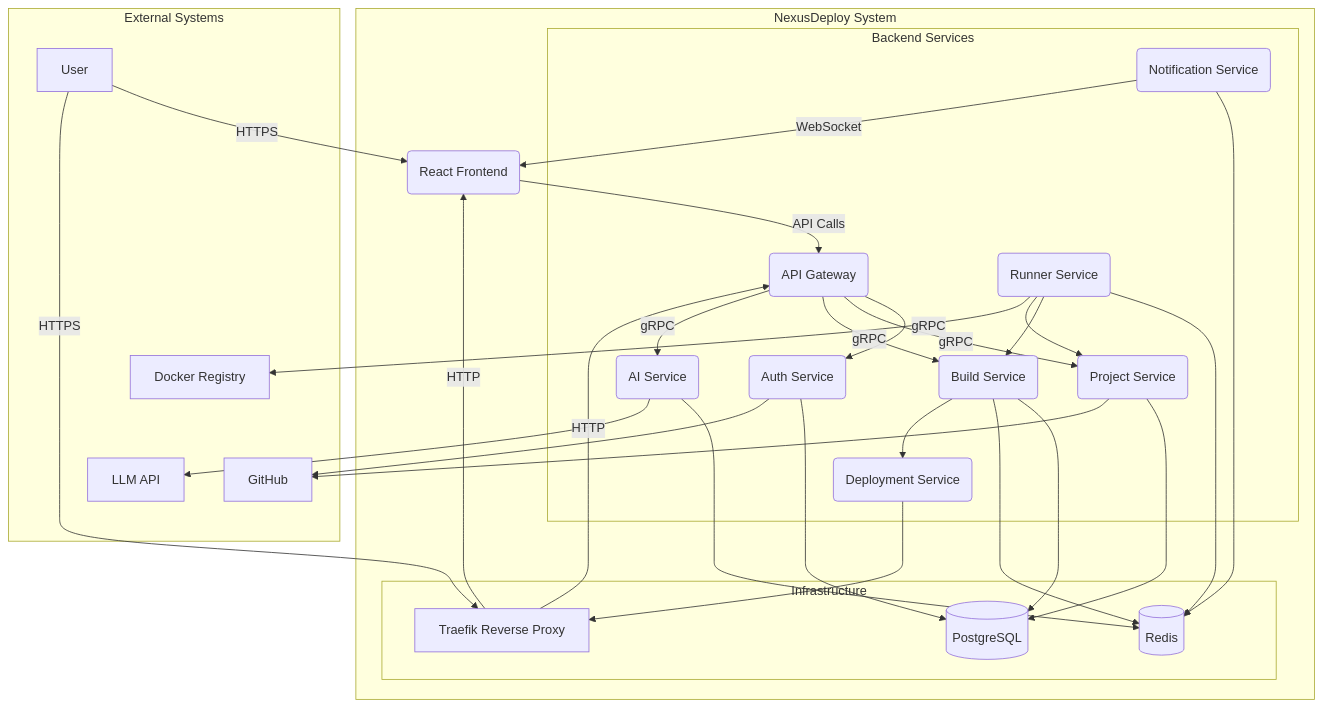
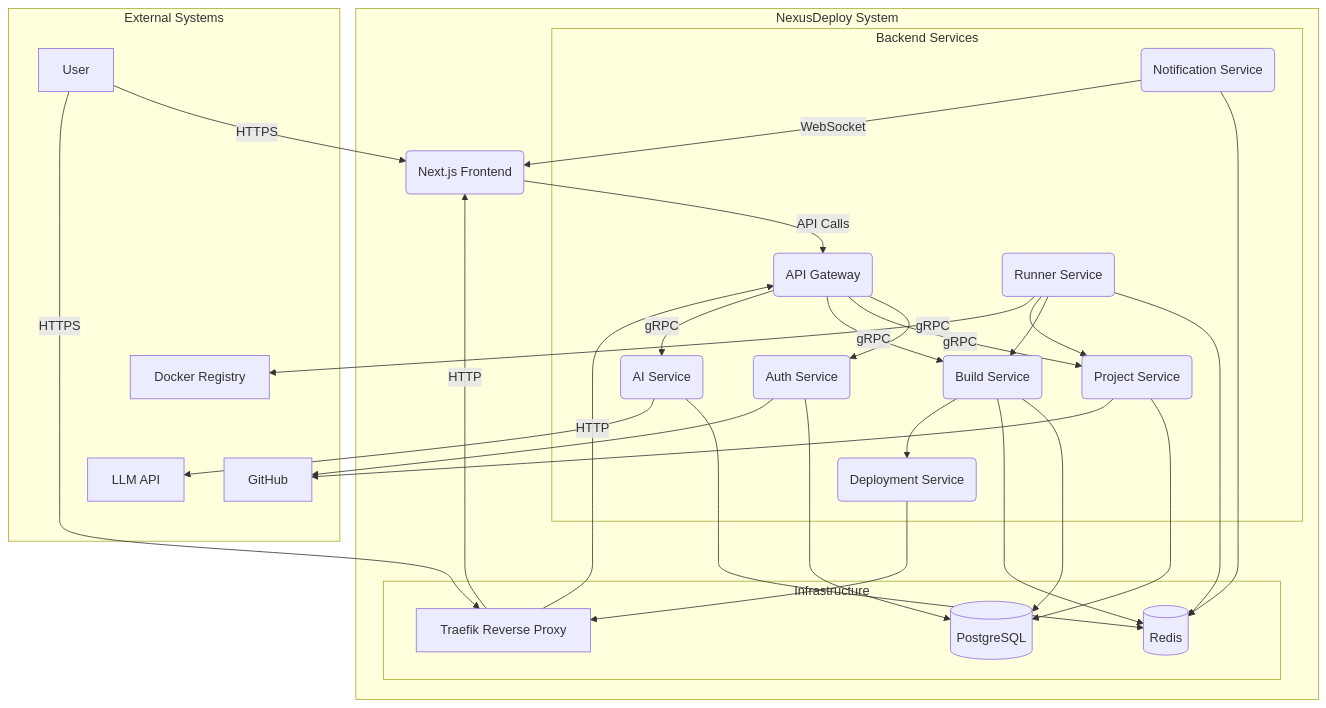
One commit to Khoi1909/NexusDeploy changed the first of 6 diagrams in docs/SRS.md. Above: the diagram before and after it, drawn with Mermaid. The commit also changed other lines of this file, not shown here.

````diff
--- a/docs/SRS.md
+++ b/docs/SRS.md
@@ -167,64 +167,64 @@
 ```mermaid
 graph TD
     subgraph "External Systems"
         User[User]
         GitHub
         LLM[LLM API]
         DockerRegistry[Docker Registry]
     end
 
     subgraph "NexusDeploy System"
         subgraph "Infrastructure"
             Traefik[Traefik Reverse Proxy]
             PostgreSQL[(PostgreSQL)]
             Redis[(Redis)]
         end
 
         subgraph "Backend Services"
             APIGateway(API Gateway)
             AuthService(Auth Service)
             ProjectService(Project Service)
             BuildService(Build Service)
             RunnerService(Runner Service)
             DeploymentService(Deployment Service)
             AIService(AI Service)
             NotificationService(Notification Service)
         end
 
-        Frontend(React Frontend)
+        Frontend(Next.js Frontend)
     end
 
     User -->|HTTPS| Frontend
     User -->|HTTPS| Traefik
     Traefik -->|HTTP| APIGateway
     Traefik -->|HTTP| Frontend
     Frontend -->|API Calls| APIGateway
     
     APIGateway -->|gRPC| AuthService
     APIGateway -->|gRPC| ProjectService
     APIGateway -->|gRPC| BuildService
     APIGateway -->|gRPC| AIService
 
     AuthService --> PostgreSQL
     ProjectService --> PostgreSQL
     BuildService --> PostgreSQL
 
     AuthService --> GitHub
     ProjectService --> GitHub
 
     BuildService --> Redis
     RunnerService --> Redis
     AIService --> Redis
     NotificationService --> Redis
 
     RunnerService --> BuildService
     RunnerService --> ProjectService
     RunnerService --> DockerRegistry
 
     BuildService --> DeploymentService
     DeploymentService --> Traefik
 
     AIService --> LLM
 
     NotificationService -->|WebSocket| Frontend
 ```
````
